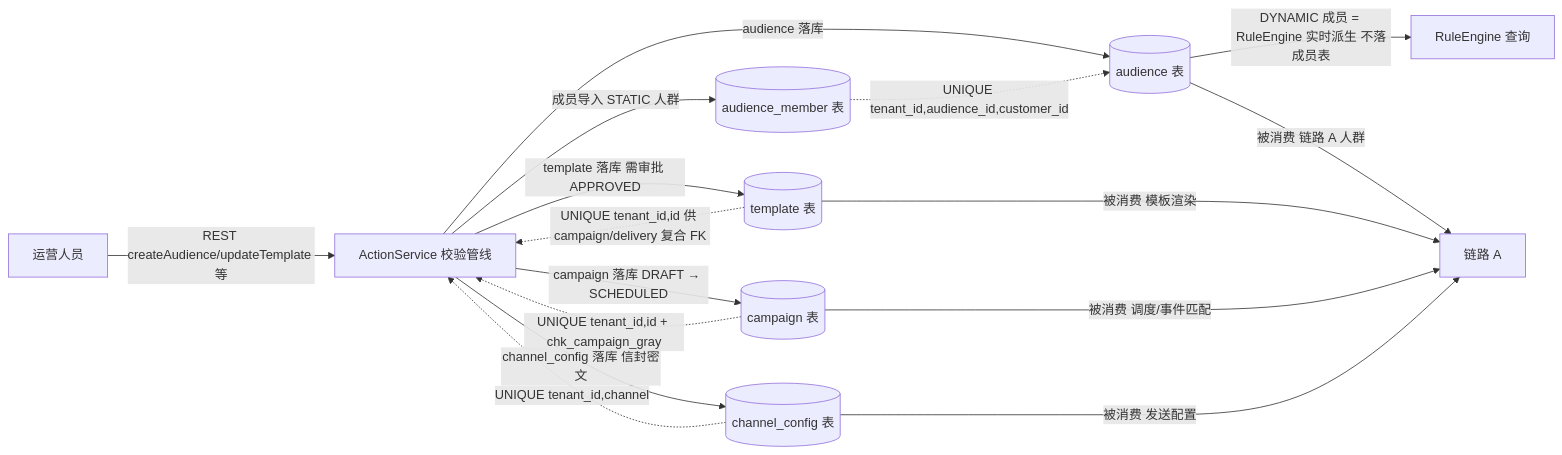
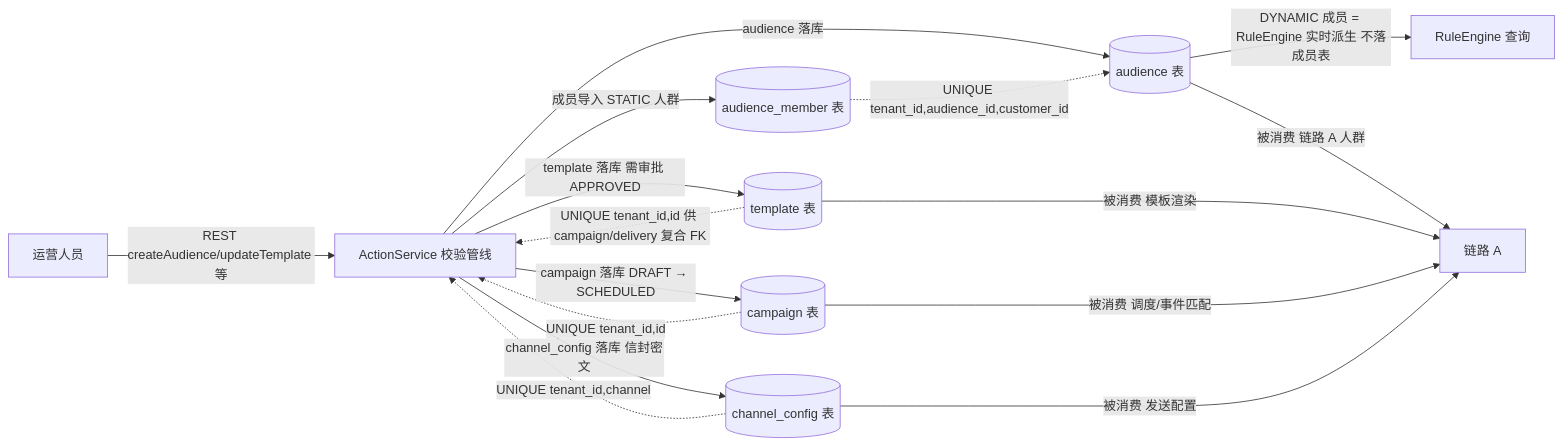
Before and after one commit to heheshang/ea-agent: the ninth of 9 diagrams in docs/ea-agent-data-flow.md, drawn with Mermaid. The commit also changed other lines of this file and 32 other files, not shown here.

````diff
--- a/docs/ea-agent-data-flow.md
+++ b/docs/ea-agent-data-flow.md
@@ -236,18 +234,18 @@
 ```mermaid
 flowchart LR
   OP["运营人员"] -->|"REST createAudience/updateTemplate 等"| AV["ActionService 校验管线"]
   AV -->|"audience 落库"| AU[(audience 表)]
   AV -->|"成员导入 STATIC 人群"| AM[(audience_member 表)]
   AV -->|"template 落库 需审批 APPROVED"| TP[(template 表)]
   AV -->|"campaign 落库 DRAFT → SCHEDULED"| CP[(campaign 表)]
   AV -->|"channel_config 落库 信封密文"| CC[(channel_config 表)]
   AU -->|"DYNAMIC 成员 = RuleEngine 实时派生 不落成员表"| RE["RuleEngine 查询"]
   AM -. "UNIQUE tenant_id,audience_id,customer_id" .-> AU
   TP -. "UNIQUE tenant_id,id 供 campaign/delivery 复合 FK" .-> AV
-  CP -. "UNIQUE tenant_id,id + chk_campaign_gray" .-> AV
+  CP -. "UNIQUE tenant_id,id" .-> AV
   CC -. "UNIQUE tenant_id,channel" .-> AV
   AU -->|"被消费 链路 A 人群"| A4["链路 A"]
   TP -->|"被消费 模板渲染"| A4
   CP -->|"被消费 调度/事件匹配"| A4
   CC -->|"被消费 发送配置"| A4
 ```
````
